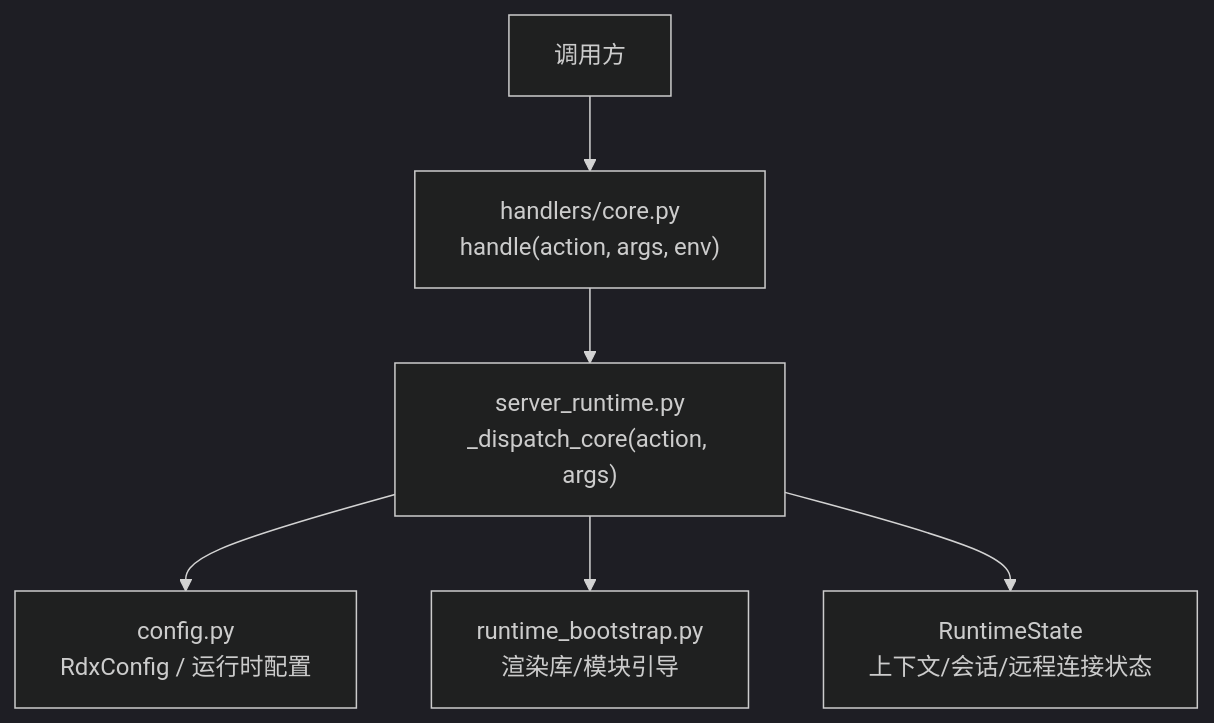
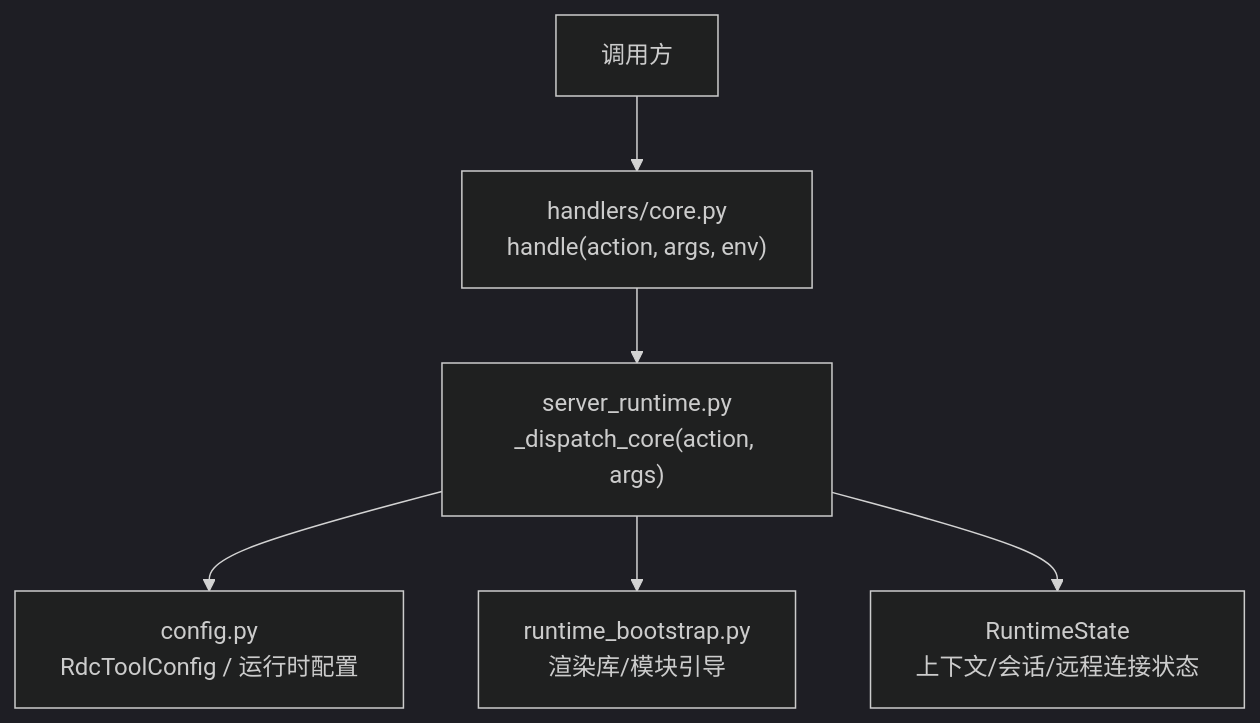
One commit to haolange/RDC-Tool changed the first of 7 diagrams in .qoder/repowiki/zh/content/API规范/核心与环境管理API.md. Above: the diagram before and after it, drawn with Mermaid (dark theme). The commit also changed other lines of this file and 388 other files, not shown here.

First line of the commit message:
Release RDC-Tool identity and public maintenance surface

````diff
--- a/.qoder/repowiki/zh/content/API规范/核心与环境管理API.md
+++ b/.qoder/repowiki/zh/content/API规范/核心与环境管理API.md
@@ -35,8 +35,8 @@
 ```mermaid
 graph TB
 Client["调用方"] --> Handler["handlers/core.py<br/>handle(action, args, env)"]
 Handler --> Runtime["server_runtime.py<br/>_dispatch_core(action, args)"]
-Runtime --> Config["config.py<br/>RdxConfig / 运行时配置"]
+Runtime --> Config["config.py<br/>RdcToolConfig / 运行时配置"]
 Runtime --> Bootstrap["runtime_bootstrap.py<br/>渲染库/模块引导"]
 Runtime --> State["RuntimeState<br/>上下文/会话/远程连接状态"]
 ```
````
